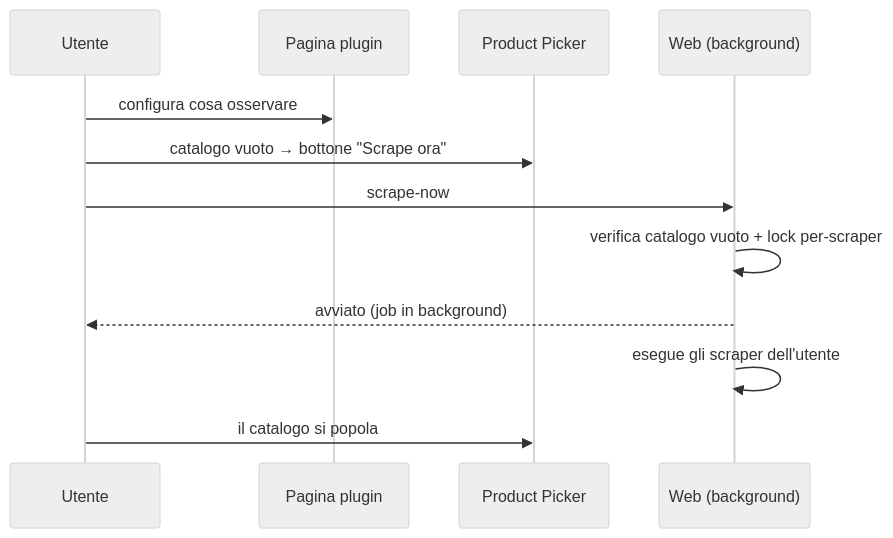
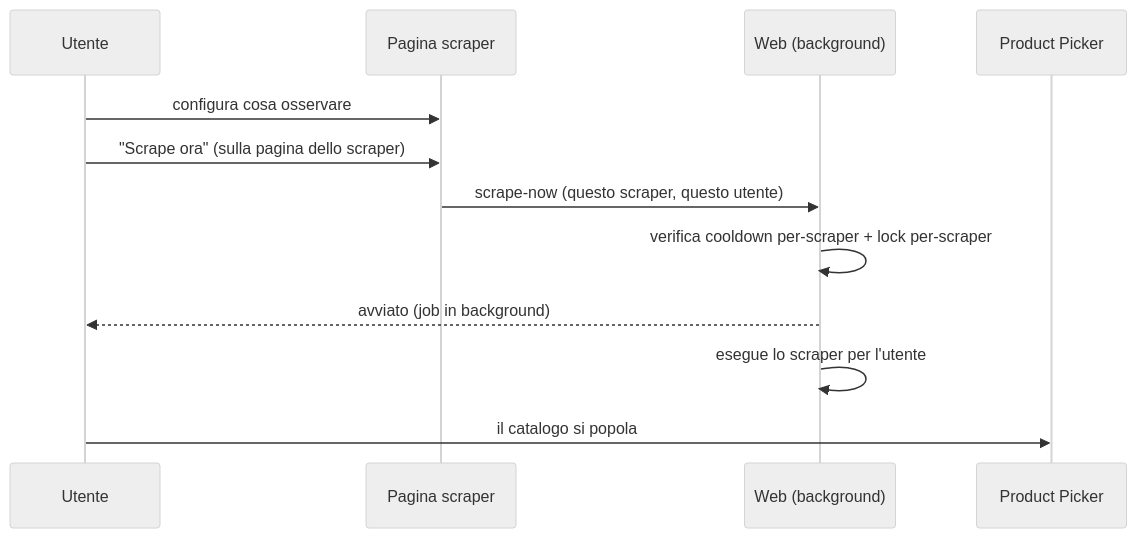
One commit to caporalesimone/watch-em-all changed the second of 2 diagrams in docs-ita/3-features/user/catalog-and-product-picker.md. Above: the diagram before and after it, drawn with Mermaid (neutral theme). The commit also changed other lines of this file and 32 other files, not shown here.

````diff
--- a/docs-ita/3-features/user/catalog-and-product-picker.md
+++ b/docs-ita/3-features/user/catalog-and-product-picker.md
@@ -62,15 +62,15 @@
 ```mermaid
 sequenceDiagram
     participant U as Utente
-    participant P as Pagina plugin
+    participant P as Pagina scraper
+    participant W as Web (background)
     participant PP as Product Picker
-    participant W as Web (background)
 
     U->>P: configura cosa osservare
-    U->>PP: catalogo vuoto → bottone "Scrape ora"
-    U->>W: scrape-now
-    W->>W: verifica catalogo vuoto + lock per-scraper
+    U->>P: "Scrape ora" (sulla pagina dello scraper)
+    P->>W: scrape-now (questo scraper, questo utente)
+    W->>W: verifica cooldown per-scraper + lock per-scraper
     W-->>U: avviato (job in background)
-    W->>W: esegue gli scraper dell'utente
+    W->>W: esegue lo scraper per l'utente
     U->>PP: il catalogo si popola
 ```
````
